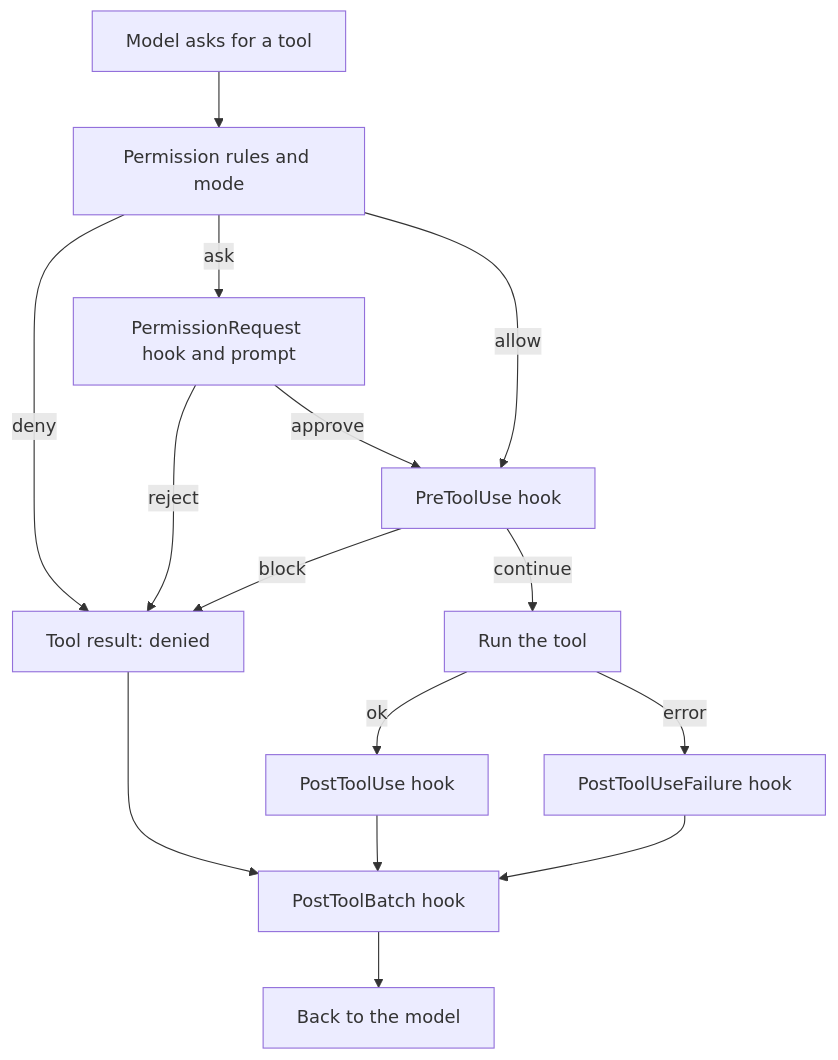
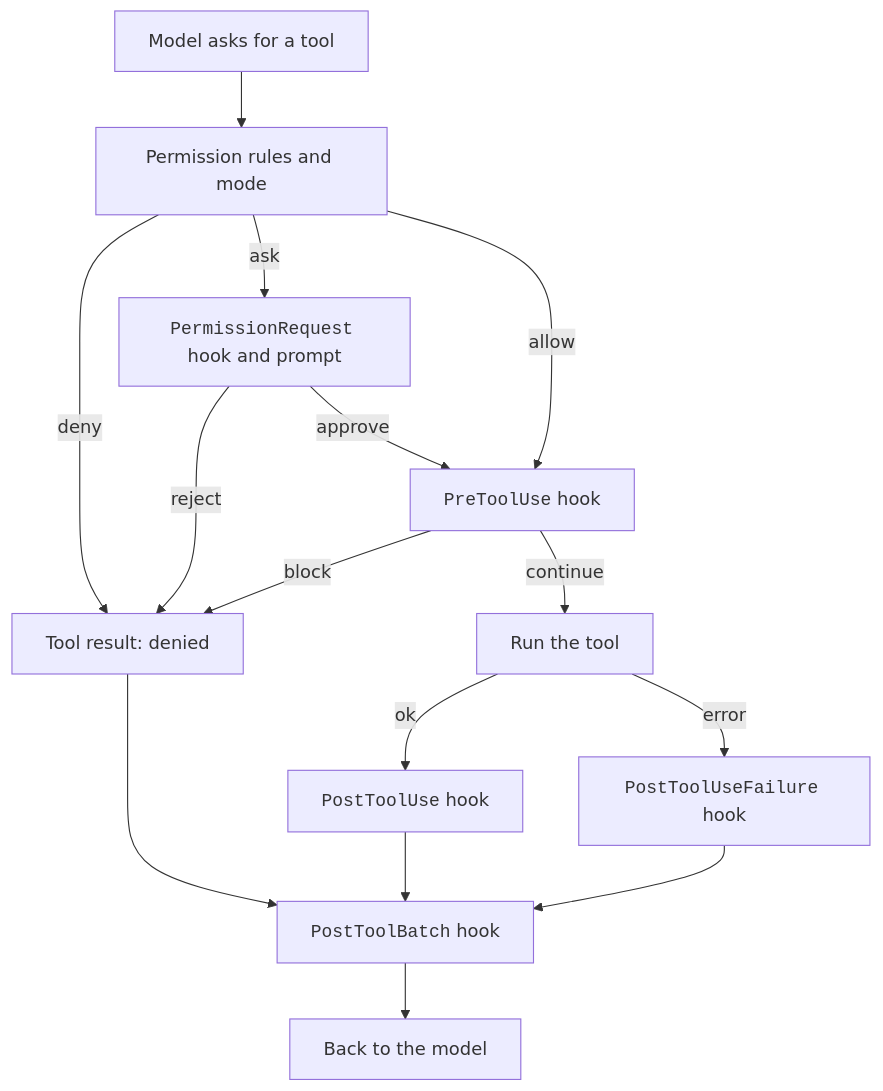
Before and after one commit to xsyetopz/claude-code-docs: the third of 4 diagrams in docs/how-it-works/agent-loop.md, drawn with Mermaid. The commit also changed other lines of this file and 164 other files, not shown here.

First line of the commit message:
docs: linked citations, yes/no markers, file trees, code in diagrams

````diff
--- a/docs/how-it-works/agent-loop.md
+++ b/docs/how-it-works/agent-loop.md
@@ -85,17 +85,17 @@
 ```mermaid
 flowchart TD
   Call[Model asks for a tool] --> Perm[Permission rules and mode]
   Perm -- deny --> Denied[Tool result: denied]
-  Perm -- ask --> Req[PermissionRequest hook and prompt]
+  Perm -- ask --> Req["<code>PermissionRequest</code> hook and prompt"]
   Req -- reject --> Denied
-  Perm -- allow --> Pre[PreToolUse hook]
+  Perm -- allow --> Pre["<code>PreToolUse</code> hook"]
   Req -- approve --> Pre
   Pre -- block --> Denied
   Pre -- continue --> Run[Run the tool]
-  Run -- ok --> Post[PostToolUse hook]
-  Run -- error --> Fail[PostToolUseFailure hook]
-  Post --> Batch[PostToolBatch hook]
+  Run -- ok --> Post["<code>PostToolUse</code> hook"]
+  Run -- error --> Fail["<code>PostToolUseFailure</code> hook"]
+  Post --> Batch["<code>PostToolBatch</code> hook"]
   Fail --> Batch
   Denied --> Batch
   Batch --> Next[Back to the model]
 ```
````
